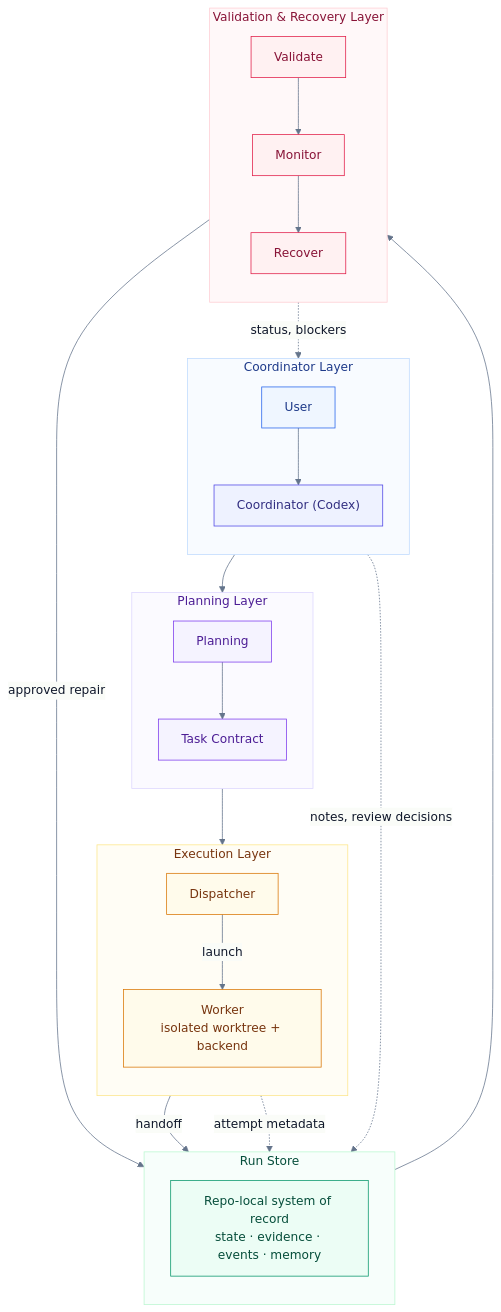
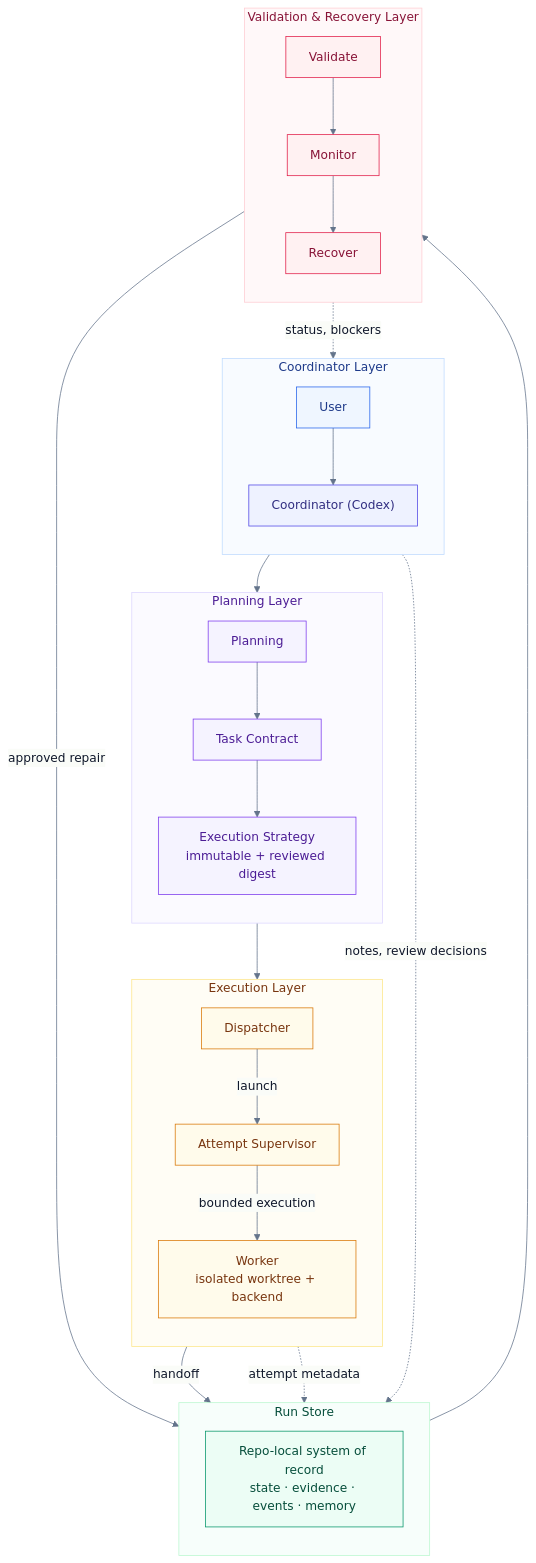
The first of 3 diagrams in README.md (LKCY23/research-dev-orchestrator), drawn with Mermaid before and after one commit. The commit also changed other lines of this file and 66 other files, not shown here.

````diff
--- a/README.md
+++ b/README.md
@@ -58,61 +60,65 @@
 ```mermaid
 %%{init: {"theme":"base","themeVariables":{"fontFamily":"Inter, ui-sans-serif, system-ui","primaryColor":"#f8fafc","primaryTextColor":"#0f172a","primaryBorderColor":"#cbd5e1","lineColor":"#64748b","tertiaryColor":"#ffffff"},"flowchart":{"curve":"basis"}}}%%
 flowchart TB
   subgraph L1["Coordinator Layer"]
     direction TB
     U["User"]:::human
     C["Coordinator (Codex)"]:::coord
     U --> C
   end
 
   subgraph L2["Planning Layer"]
     direction TB
     P["Planning"]:::planning
     T["Task Contract"]:::planning
+    ES["Execution Strategy<br/>immutable + reviewed digest"]:::planning
     P --> T
+    T --> ES
   end
 
   subgraph L3["Execution Layer"]
     direction TB
     D["Dispatcher"]:::exec
+    X["Attempt Supervisor"]:::exec
     W["Worker<br/>isolated worktree + backend"]:::exec
-    D -- "launch" --> W
+    D -- "launch" --> X
+    X -- "bounded execution" --> W
   end
 
   subgraph L4["Run Store"]
     direction TB
     S["Repo-local system of record<br/>state · evidence · events · memory"]:::truth
   end
 
   subgraph L5["Validation & Recovery Layer"]
     direction TB
     V["Validate"]:::validate
     O["Monitor"]:::validate
     R["Recover"]:::validate
     V --> O
     O --> R
   end
 
   C --> P
-  T --> D
+  ES --> D
   W -- "handoff" --> S
   S --> V
 
   D -. "attempt metadata" .-> S
   C -. "notes, review decisions" .-> S
   O -. "status, blockers" .-> C
   R -- "approved repair" --> S
 
   classDef human fill:#eff6ff,stroke:#2563eb,color:#1e3a8a;
   classDef coord fill:#eef2ff,stroke:#4f46e5,color:#312e81;
   classDef planning fill:#f5f3ff,stroke:#7c3aed,color:#4c1d95;
   classDef exec fill:#fffbeb,stroke:#d97706,color:#78350f;
   classDef truth fill:#ecfdf5,stroke:#059669,color:#064e3b;
   classDef validate fill:#fff1f2,stroke:#e11d48,color:#881337;
 
   style L1 fill:#f8fbff,stroke:#bfdbfe,stroke-width:1px,color:#1e3a8a;
   style L2 fill:#fbfaff,stroke:#ddd6fe,stroke-width:1px,color:#4c1d95;
   style L3 fill:#fffdf5,stroke:#fde68a,stroke-width:1px,color:#78350f;
   style L4 fill:#f7fefb,stroke:#bbf7d0,stroke-width:1px,color:#064e3b;
   style L5 fill:#fff8f9,stroke:#fecdd3,stroke-width:1px,color:#881337;
 ```
````
